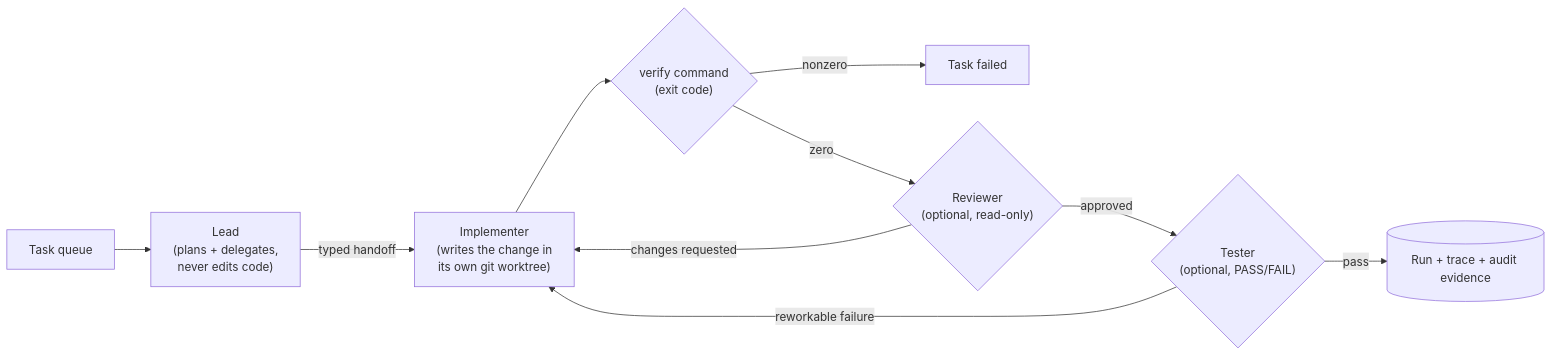
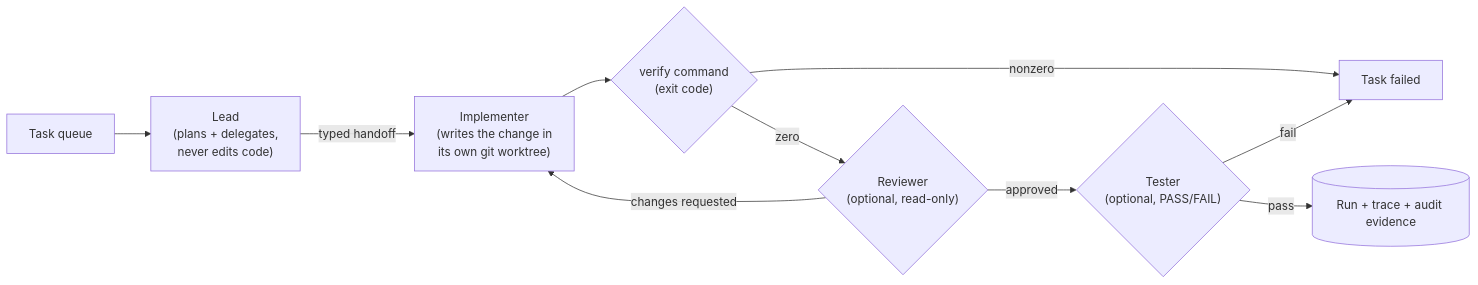
One commit to yielab/docket changed the first of 2 diagrams in README.md. Above: the diagram before and after it, drawn with Mermaid. The commit also changed other lines of this file and 43 other files, not shown here.

````diff
--- a/README.md
+++ b/README.md
@@ -36,12 +36,12 @@
 ```mermaid
 flowchart LR
     Q["Task queue"] --> L["Lead\n(plans + delegates,\nnever edits code)"]
     L -- "typed handoff" --> I["Implementer\n(writes the change in\nits own git worktree)"]
     I --> G{"verify command\n(exit code)"}
     G -- "nonzero" --> F["Task failed"]
     G -- "zero" --> R{"Reviewer\n(optional, read-only)"}
     R -- "changes requested" --> I
     R -- "approved" --> T{"Tester\n(optional, PASS/FAIL)"}
-    T -- "reworkable failure" --> I
+    T -- "fail" --> F
     T -- "pass" --> V[("Run + trace + audit evidence")]
 ```
````
